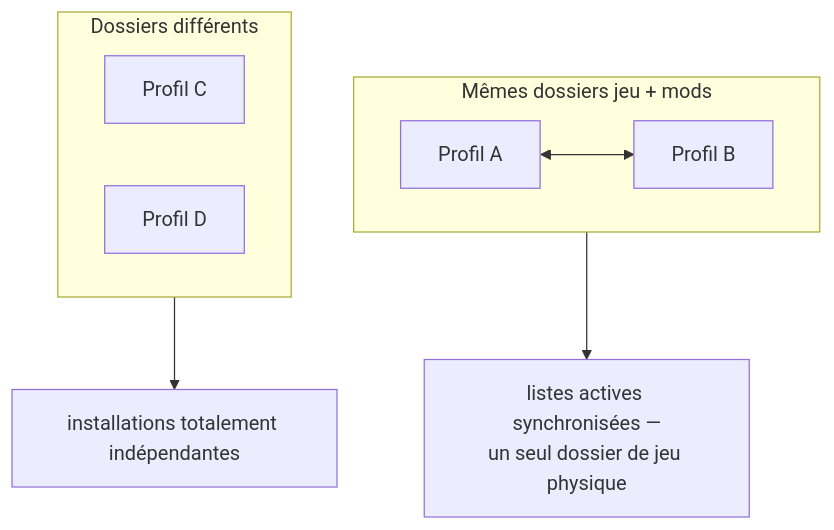
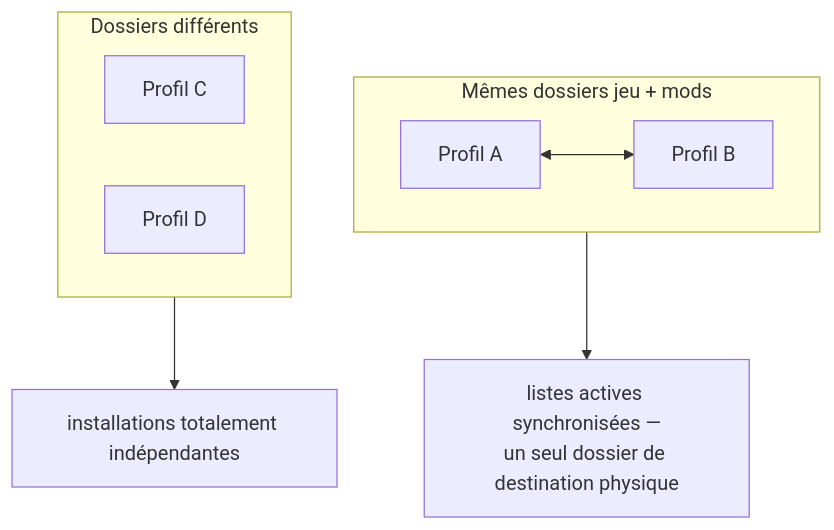
The second of 3 diagrams in frontend/assets/docs/fr/how-it-works/profiles-activation.md (FreeProject089/BetterModsManager), drawn with Mermaid before and after one commit. The commit also changed other lines of this file and 37 other files, not shown here.

````diff
--- a/frontend/assets/docs/fr/how-it-works/profiles-activation.md
+++ b/frontend/assets/docs/fr/how-it-works/profiles-activation.md
@@ -61,12 +61,12 @@
 ```mermaid
 flowchart TB
     subgraph Same["Mêmes dossiers jeu + mods"]
         P1["Profil A"] <--> P2["Profil B"]
     end
     subgraph Sep["Dossiers différents"]
         P3["Profil C"]
         P4["Profil D"]
     end
-    Same --> NOTE["listes actives synchronisées —<br/>un seul dossier de jeu physique"]
+    Same --> NOTE["listes actives synchronisées —<br/>un seul dossier de destination physique"]
     Sep --> NOTE2["installations totalement indépendantes"]
 ```
````
